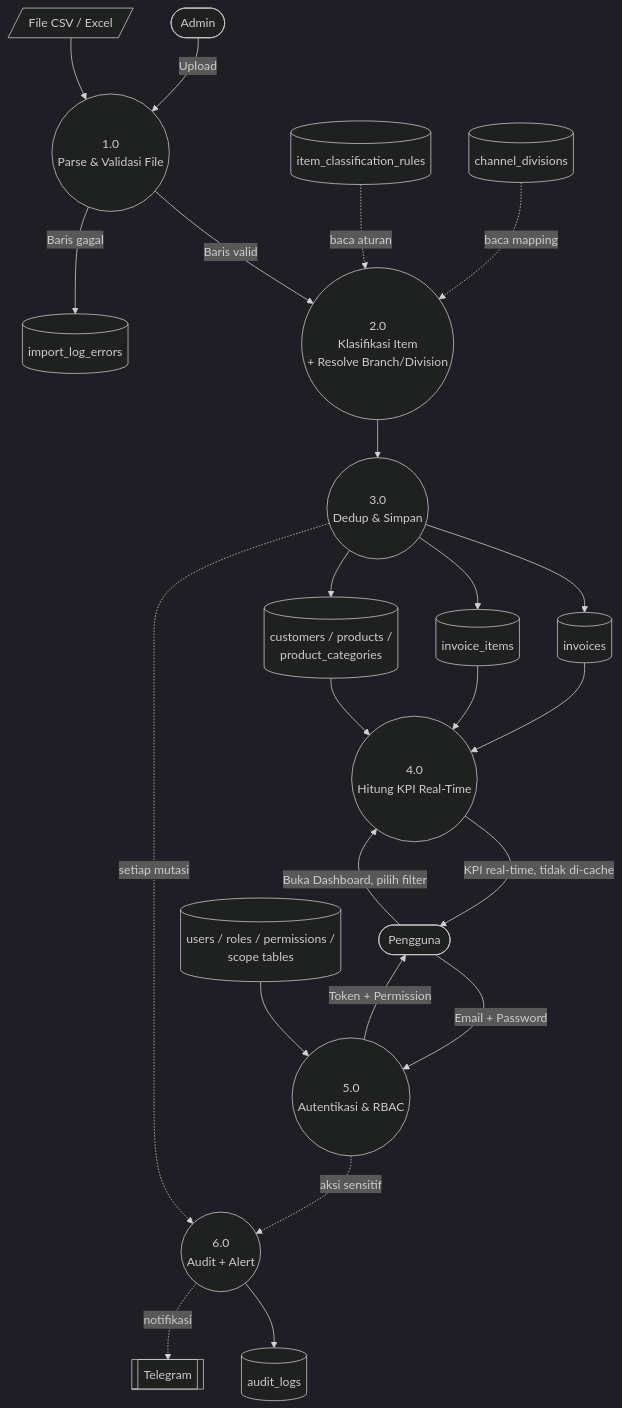
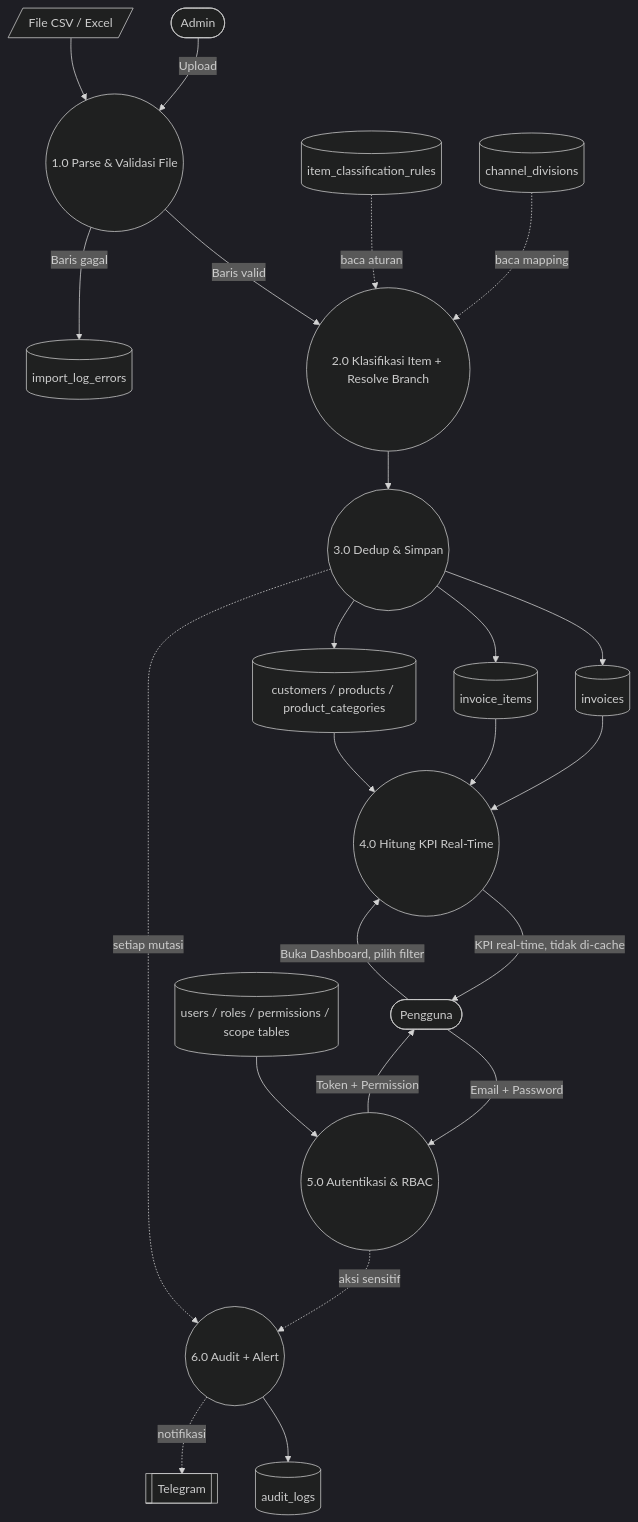
One commit to wp-datascape/e-dashboard changed the second of 4 diagrams in dokumentasi_lengkap.md. Above: the diagram before and after it, drawn with Mermaid (dark theme). The commit also changed other lines of this file and 21 other files, not shown here.

````diff
--- a/dokumentasi_lengkap.md
+++ b/dokumentasi_lengkap.md
@@ -364,35 +552,29 @@
 ```mermaid
 flowchart TD
     Admin([Admin])
     Pengguna([Pengguna])
     FileUpload[/File CSV / Excel/]
 
-    Admin -->|Upload| P1(("1.0<br/>Parse & Validasi File"))
+    Admin -->|Upload| P1(("1.0 Parse & Validasi File"))
     FileUpload --> P1
-
-    P1 -->|Baris valid| P2(("2.0<br/>Klasifikasi Item<br/>+ Resolve Branch/Division"))
+    P1 -->|Baris valid| P2(("2.0 Klasifikasi Item + Resolve Branch"))
     P1 -->|Baris gagal| DS7[(import_log_errors)]
-
     DS4[(item_classification_rules)] -.baca aturan.-> P2
     DS8[(channel_divisions)] -.baca mapping.-> P2
-
-    P2 --> P3(("3.0<br/>Dedup & Simpan"))
+    P2 --> P3(("3.0 Dedup & Simpan"))
     P3 --> DS1[(invoices)]
     P3 --> DS2[(invoice_items)]
-    P3 --> DS3[(customers / products /<br/>product_categories)]
-
-    Pengguna -->|Buka Dashboard, pilih filter| P4(("4.0<br/>Hitung KPI Real-Time"))
+    P3 --> DS3[(customers / products / product_categories)]
+    Pengguna -->|Buka Dashboard, pilih filter| P4(("4.0 Hitung KPI Real-Time"))
     DS1 --> P4
     DS2 --> P4
     DS3 --> P4
     P4 -->|KPI real-time, tidak di-cache| Pengguna
-
-    Pengguna -->|Email + Password| P5(("5.0<br/>Autentikasi & RBAC"))
-    DS10[(users / roles / permissions /<br/>scope tables)] --> P5
+    Pengguna -->|Email + Password| P5(("5.0 Autentikasi & RBAC"))
+    DS10[(users / roles / permissions / scope tables)] --> P5
     P5 -->|Token + Permission| Pengguna
-
-    P3 -.setiap mutasi.-> P6(("6.0<br/>Audit + Alert"))
+    P3 -.setiap mutasi.-> P6(("6.0 Audit + Alert"))
     P5 -.aksi sensitif.-> P6
     P6 --> DS11[(audit_logs)]
     P6 -.notifikasi.-> Telegram2[[Telegram]]
 ```
````
